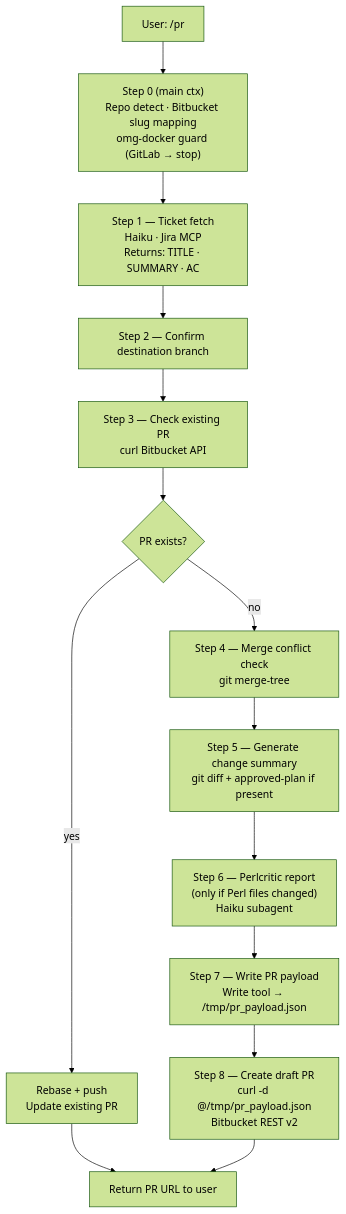
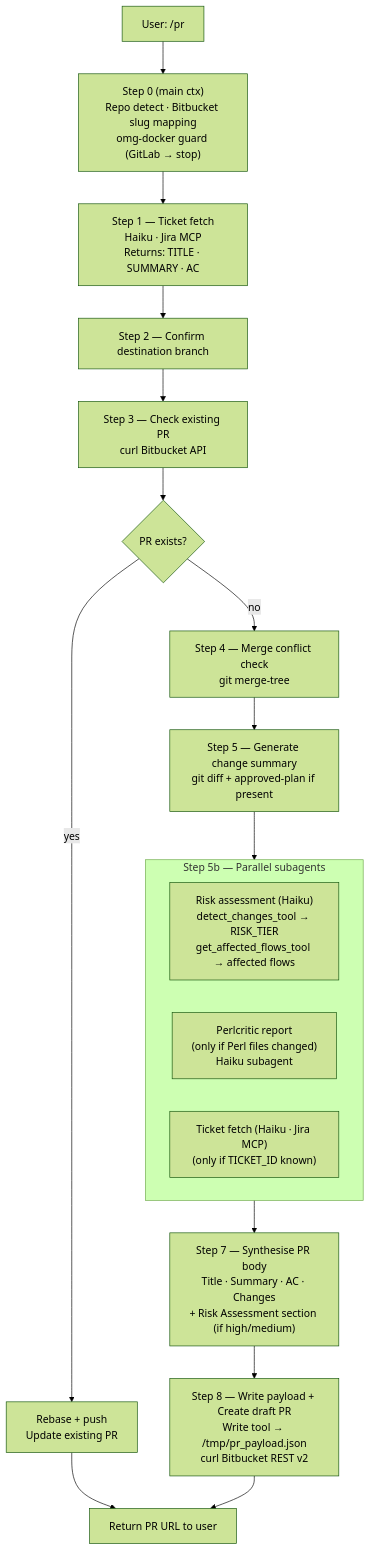
Before and after one commit to ahsan0444/jintech-omg-dev: the seventh of 9 diagrams in WORKFLOW.md, drawn with Mermaid (forest theme). The commit also changed other lines of this file and 7 other files, not shown here.

````diff
--- a/WORKFLOW.md
+++ b/WORKFLOW.md
@@ -201,20 +203,26 @@
 ```mermaid
 flowchart TD
     Start["User: /pr"]
     S0["Step 0 (main ctx)\nRepo detect · Bitbucket slug mapping\nomg-docker guard (GitLab → stop)"]
     S1["Step 1 — Ticket fetch\nHaiku · Jira MCP\nReturns: TITLE · SUMMARY · AC"]
     S2["Step 2 — Confirm destination branch"]
     S3["Step 3 — Check existing PR\ncurl Bitbucket API"]
     ExistPR{"PR exists?"}
     Rebase["Rebase + push\nUpdate existing PR"]
     S4["Step 4 — Merge conflict check\ngit merge-tree"]
     S5["Step 5 — Generate change summary\ngit diff + approved-plan if present"]
-    S6["Step 6 — Perlcritic report\n(only if Perl files changed)\nHaiku subagent"]
-    S7["Step 7 — Write PR payload\nWrite tool → /tmp/pr_payload.json"]
-    S8["Step 8 — Create draft PR\ncurl -d @/tmp/pr_payload.json\nBitbucket REST v2"]
+
+    subgraph SubAgents["Step 5b — Parallel subagents"]
+        S5risk["Risk assessment (Haiku)\ndetect_changes_tool → RISK_TIER\nget_affected_flows_tool → affected flows"]
+        S6["Perlcritic report\n(only if Perl files changed)\nHaiku subagent"]
+        S5ticket["Ticket fetch (Haiku · Jira MCP)\n(only if TICKET_ID known)"]
+    end
+
+    S7["Step 7 — Synthesise PR body\nTitle · Summary · AC · Changes\n+ Risk Assessment section (if high/medium)"]
+    S8["Step 8 — Write payload + Create draft PR\nWrite tool → /tmp/pr_payload.json\ncurl Bitbucket REST v2"]
     Done["Return PR URL to user"]
 
     Start --> S0 --> S1 --> S2 --> S3 --> ExistPR
     ExistPR -->|yes| Rebase --> Done
-    ExistPR -->|no| S4 --> S5 --> S6 --> S7 --> S8 --> Done
+    ExistPR -->|no| S4 --> S5 --> SubAgents --> S7 --> S8 --> Done
 ```
````
